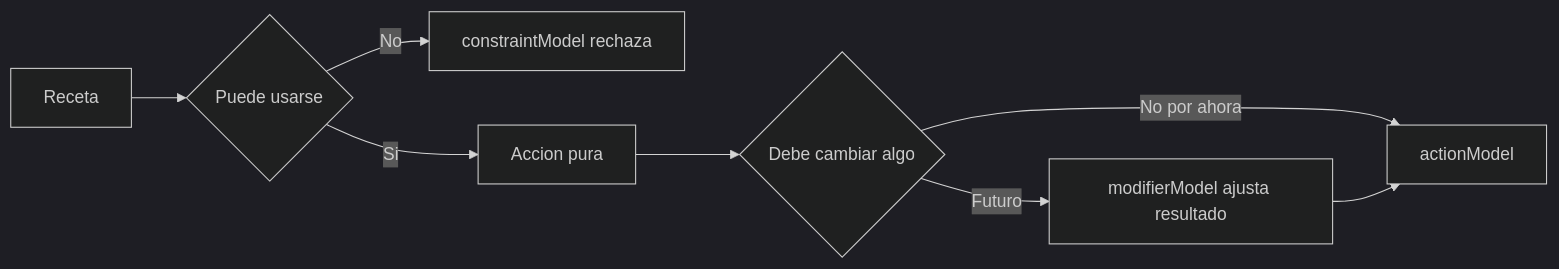
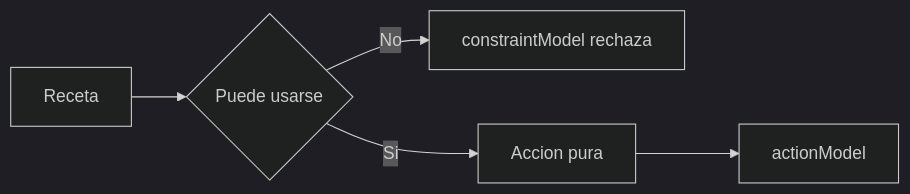
Before and after one commit to juanramonmorandeira/castronegro-director: the fifth of 13 diagrams in docs/engine_flow_map.md, drawn with Mermaid (dark theme). The commit also changed other lines of this file and 43 other files, not shown here.

````diff
--- a/docs/engine_flow_map.md
+++ b/docs/engine_flow_map.md
@@ -142,10 +202,7 @@
 ```mermaid
 flowchart LR
   A[Receta] --> B{Puede usarse}
   B -->|No| C[constraintModel rechaza]
   B -->|Si| D[Accion pura]
-  D --> E{Debe cambiar algo}
-  E -->|No por ahora| F[actionModel]
-  E -->|Futuro| G[modifierModel ajusta resultado]
-  G --> F
+  D --> E[actionModel]
 ```
````
